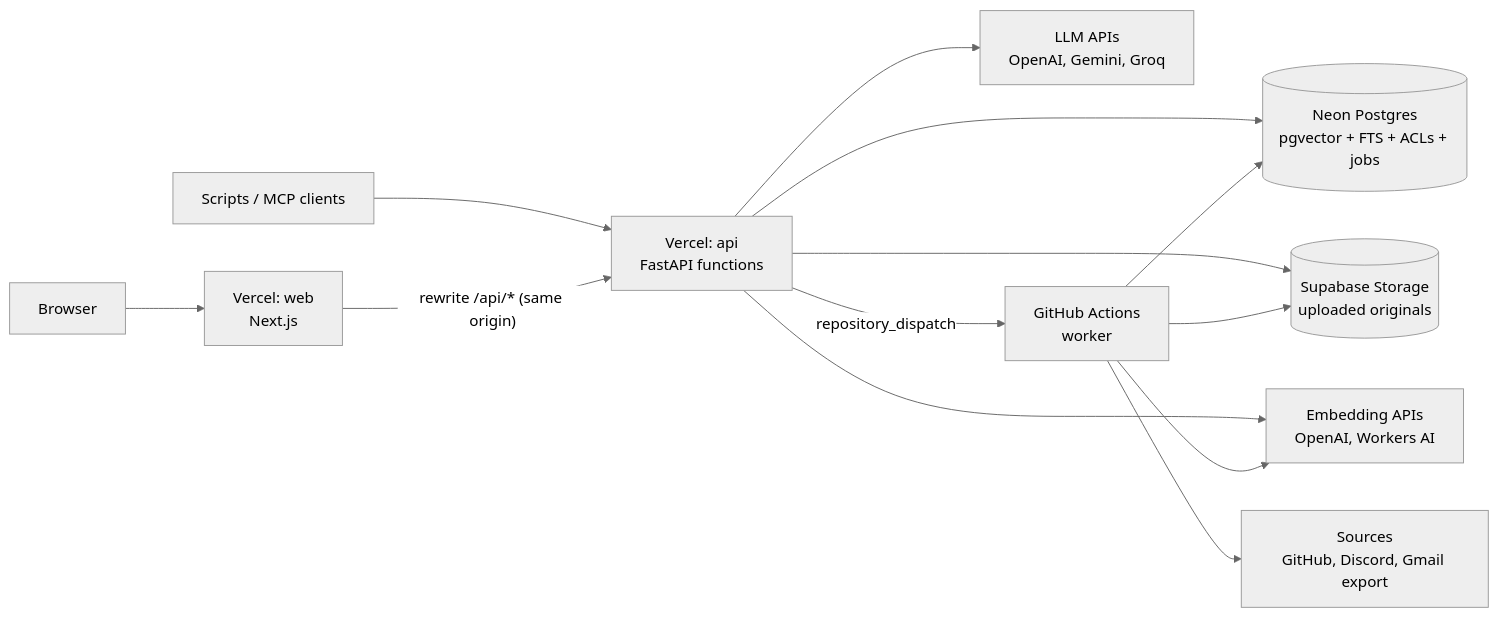
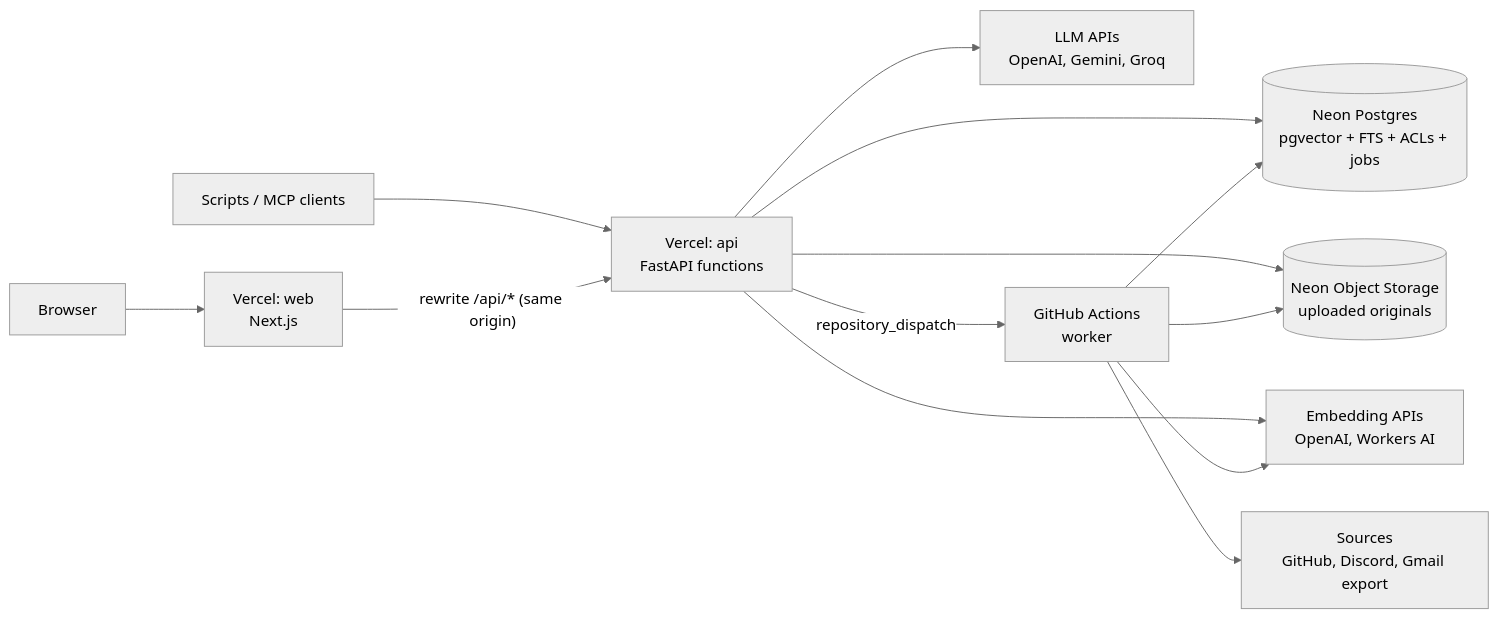
The first of 3 diagrams in docs/ARCHITECTURE.md (what-the-sherlock/Slate), drawn with Mermaid (neutral theme) before and after one commit. The commit also changed other lines of this file and 34 other files, not shown here.

Commit message:
Neon Object Storage for uploads, Gmail via Internal OAuth (ADR-0014, ADR-0015) and first-run setup, sessions, CSRF and login throttling

````diff
--- a/docs/ARCHITECTURE.md
+++ b/docs/ARCHITECTURE.md
@@ -13,15 +13,15 @@
 ```mermaid
 flowchart LR
   U[Browser] --> W[Vercel: web<br/>Next.js]
   A[Scripts / MCP clients] --> API
   W -- "rewrite /api/* (same origin)" --> API[Vercel: api<br/>FastAPI functions]
   API --> PG[(Neon Postgres<br/>pgvector + FTS + ACLs + jobs)]
-  API --> BS[(Supabase Storage<br/>uploaded originals)]
+  API --> BS[(Neon Object Storage<br/>uploaded originals)]
   API --> EMB[Embedding APIs<br/>OpenAI, Workers AI]
   API --> LLM[LLM APIs<br/>OpenAI, Gemini, Groq]
   API -- repository_dispatch --> GH[GitHub Actions<br/>worker]
   GH --> PG
   GH --> BS
   GH --> EMB
   GH --> SRC[Sources<br/>GitHub, Discord, Gmail export]
 ```
````
